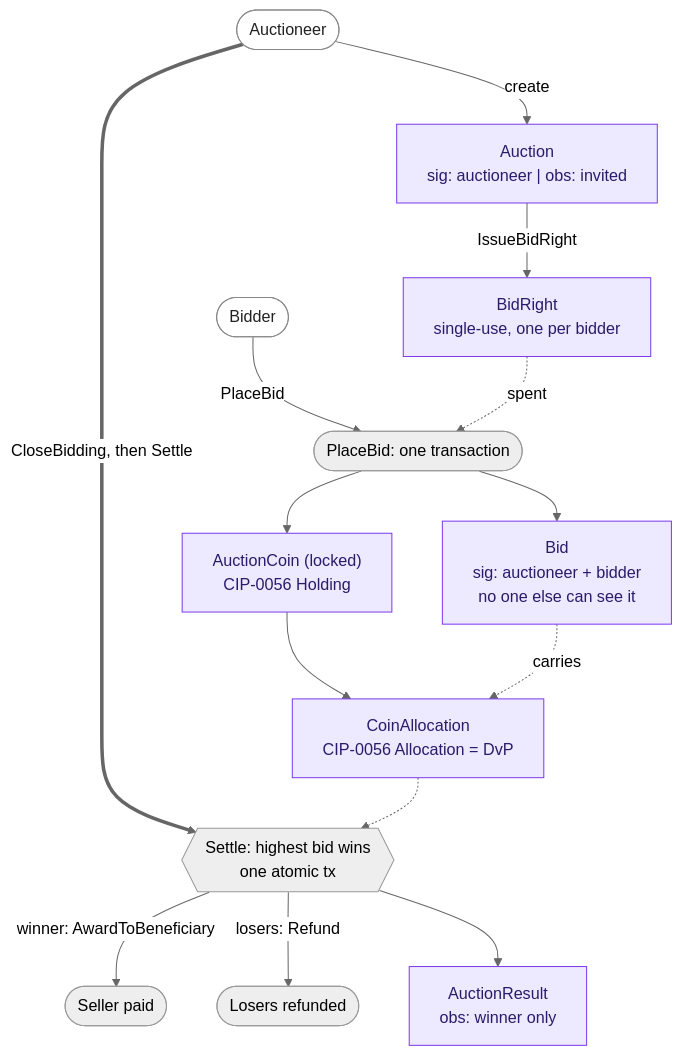
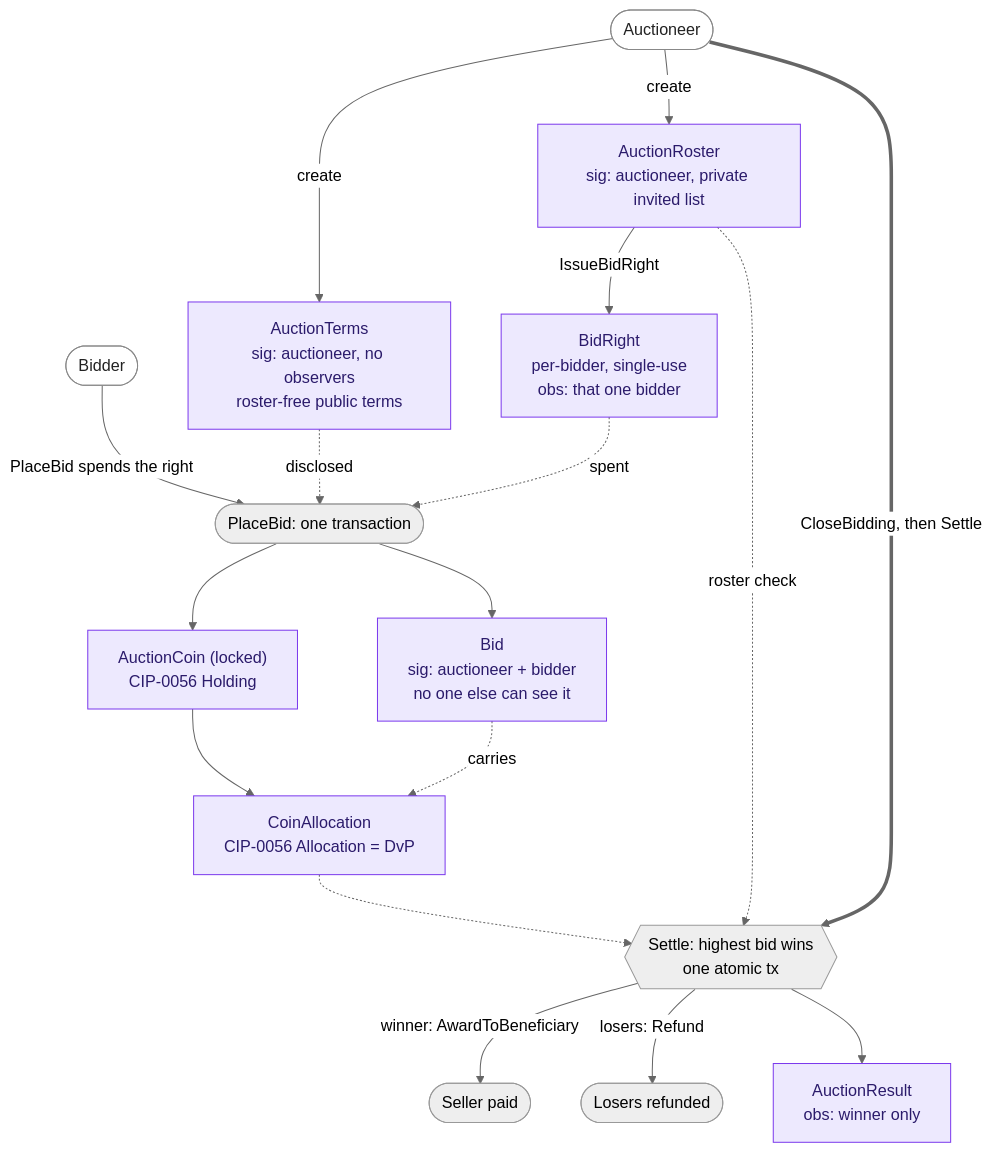
One commit to Giri-Aayush/solidity-to-daml-confidential-auction changed the diagram in guide/solidity-to-daml.md. Above: the diagram before and after it, drawn with Mermaid (neutral theme). The commit also changed other lines of this file and 3 other files, not shown here.

First line of the commit message:
hide the bidder roster: split the auction, bid via per-bidder right + disclosure (A15) (#13)

````diff
--- a/guide/solidity-to-daml.md
+++ b/guide/solidity-to-daml.md
@@ -44,24 +44,27 @@
 ```mermaid
 flowchart TD
     classDef tmpl fill:#ede9fe,stroke:#7c3aed,color:#2b1b6b;
     classDef party fill:#ffffff,stroke:#888,color:#222;
 
     AUC([Auctioneer]):::party
     BID([Bidder]):::party
 
-    AUC -->|create| AU["Auction<br/>sig: auctioneer | obs: invited"]:::tmpl
-    AU -->|IssueBidRight| BR["BidRight<br/>single-use, one per bidder"]:::tmpl
+    AUC -->|create| AT["AuctionTerms<br/>sig: auctioneer, no observers<br/>roster-free public terms"]:::tmpl
+    AUC -->|create| AR["AuctionRoster<br/>sig: auctioneer, private invited list"]:::tmpl
+    AR -->|IssueBidRight| BR["BidRight<br/>per-bidder, single-use<br/>obs: that one bidder"]:::tmpl
 
-    BID -->|PlaceBid| PB(["PlaceBid: one transaction"])
+    BID -->|PlaceBid spends the right| PB(["PlaceBid: one transaction"])
     BR -.->|spent| PB
+    AT -.->|disclosed| PB
     PB --> CO["AuctionCoin (locked)<br/>CIP-0056 Holding"]:::tmpl
     PB --> BD["Bid<br/>sig: auctioneer + bidder<br/>no one else can see it"]:::tmpl
     CO --> AL["CoinAllocation<br/>CIP-0056 Allocation = DvP"]:::tmpl
     BD -.->|carries| AL
 
     AUC ==>|CloseBidding, then Settle| ST{{"Settle: highest bid wins<br/>one atomic tx"}}
     AL -.-> ST
+    AR -.->|roster check| ST
     ST -->|winner: AwardToBeneficiary| SE([Seller paid])
     ST -->|losers: Refund| RF([Losers refunded])
     ST --> RS["AuctionResult<br/>obs: winner only"]:::tmpl
 ```
````
